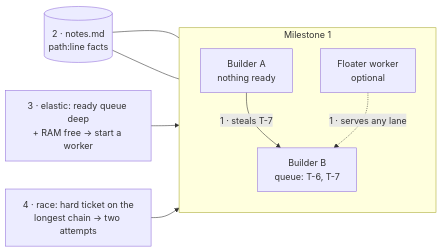
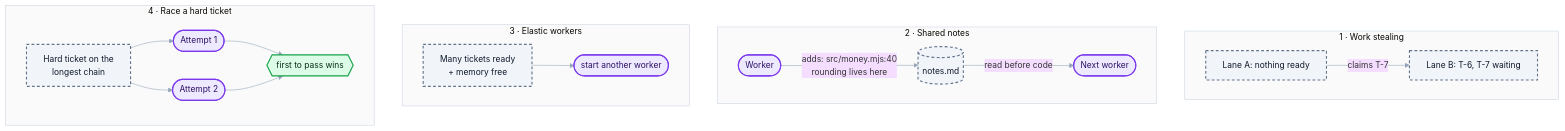
Before and after one commit to esharif20/herdr-software-factory: the sixth of 6 diagrams in docs/06-builders-workers-parallelism.md, drawn with Mermaid. The commit also changed other lines of this file, not shown here.

First line of the commit message:
Post 6 rewrite: AI vs code, what the checks check, clearer diagrams

````diff
--- a/docs/06-builders-workers-parallelism.md
+++ b/docs/06-builders-workers-parallelism.md
@@ -123,12 +168,25 @@
 ```mermaid
-flowchart LR
-    subgraph M1[Milestone 1]
-        direction TB
-        LA[Builder A<br/>nothing ready] -- "1 · steals T-7" --> LB[Builder B<br/>queue: T-6, T-7]
-        FL[Floater worker<br/>optional] -. "1 · serves any lane" .-> LB
+%%{init: {'theme':'base','themeVariables':{'fontFamily':'-apple-system, Segoe UI, Helvetica, sans-serif','fontSize':'15px','lineColor':'#94A3B8','clusterBkg':'#FAFAFA','clusterBorder':'#CBD5E1'}}}%%
+flowchart TB
+    subgraph S1[1 · Work stealing]
+        direction LR
+        X[Lane A: nothing ready]:::code -- "claims T-7" --> Y[Lane B: T-6, T-7 waiting]:::code
     end
-    N[(2 · notes.md<br/>path:line facts)]
-    N --- LA & LB
-    E["3 · elastic: ready queue deep<br/>+ RAM free → start a worker"] --> LB
-    R["4 · race: hard ticket on the<br/>longest chain → two attempts"] --> LB
+    subgraph S2[2 · Shared notes]
+        direction LR
+        W1([Worker]):::ai -- "adds: src/money.mjs:40<br/>rounding lives here" --> N[(notes.md)]:::code
+        N -- "read before code" --> W2([Next worker]):::ai
+    end
+    subgraph S3[3 · Elastic workers]
+        direction LR
+        Q[Many tickets ready<br/>+ memory free]:::code --> W3([start another worker]):::ai
+    end
+    subgraph S4[4 · Race a hard ticket]
+        direction LR
+        H[Hard ticket on the<br/>longest chain]:::code --> R1([Attempt 1]):::ai & R2([Attempt 2]):::ai
+        R1 & R2 --> G{{first to pass wins}}:::check
+    end
+    classDef ai fill:#EDE9FE,stroke:#7C3AED,color:#2E1065,stroke-width:2px
+    classDef code fill:#F1F5F9,stroke:#64748B,color:#0F172A,stroke-width:2px,stroke-dasharray:5 4
+    classDef check fill:#DCFCE7,stroke:#16A34A,color:#052E16,stroke-width:2px
 ```
````
